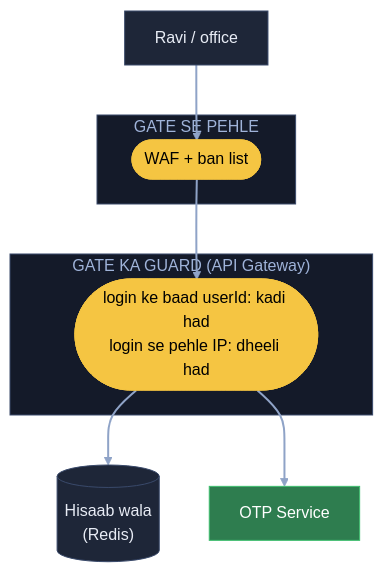
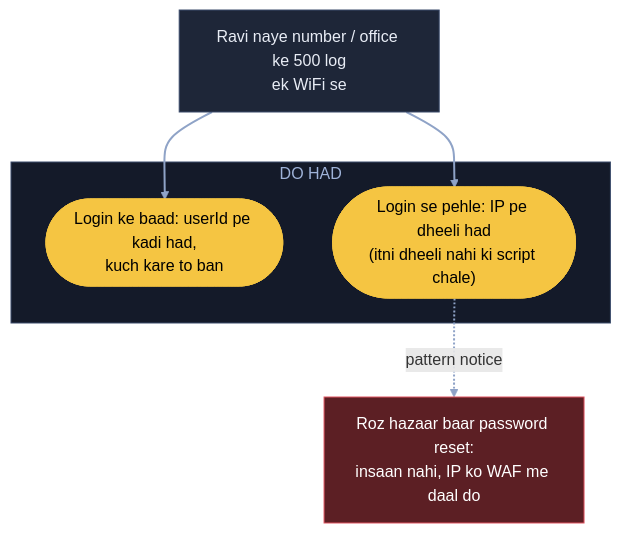
One commit to ArpanMaheshwari144/Prep changed the eighth of 10 diagrams in 04_HLD/SYSTEM_DESIGNS/02_rate_limiter/02_rate_limiter.md. Above: the diagram before and after it, drawn with Mermaid. The commit also changed other lines of this file, not shown here.

Commit message:
Rate limiter: 10 diagram hand notes ke shabdon se (K1 naya), K3 me apni jodi line hatai

````diff
--- a/04_HLD/SYSTEM_DESIGNS/02_rate_limiter/02_rate_limiter.md
+++ b/04_HLD/SYSTEM_DESIGNS/02_rate_limiter/02_rate_limiter.md
@@ -238,23 +250,18 @@
 ```mermaid
 flowchart TB
-    U["Ravi / office"]:::card
-    subgraph DW["GATE SE PEHLE"]
-        W(["WAF + ban list"]):::pill
+    U["Ravi naye number / office ke 500 log<br/>ek WiFi se"]:::card
+    subgraph HD["DO HAD"]
+        K(["Login ke baad: userId pe kadi had,<br/>kuch kare to ban"]):::pill
+        I(["Login se pehle: IP pe dheeli had<br/>(itni dheeli nahi ki script chale)"]):::pill
     end
-    subgraph GT["GATE KA GUARD (API Gateway)"]
-        K(["login ke baad userId: kadi had<br/>login se pehle IP: dheeli had"]):::pill
-    end
-    R[("Hisaab wala<br/>(Redis)")]:::card
-    O["OTP Service"]:::good
-    U --> W
-    W --> K
-    K --> R
-    K --> O
+    W["Roz hazaar baar password reset:<br/>insaan nahi, IP ko WAF me daal do"]:::bad
+    U --> K
+    U --> I
+    I -. "pattern notice" .-> W
     linkStyle default stroke:#8fa3c7,stroke-width:2px
     classDef card fill:#1e2638,stroke:#3a4a6b,color:#e8ecf5
     classDef pill fill:#f5c542,stroke:#f5c542,color:#000
     classDef good fill:#2e7d4f,stroke:#3fbf6f,color:#fff
     classDef bad fill:#5c1f24,stroke:#e05561,color:#fff
-    style DW fill:#141a29,stroke:#3a4a6b,color:#9fb3d9
-    style GT fill:#141a29,stroke:#3a4a6b,color:#9fb3d9
+    style HD fill:#141a29,stroke:#3a4a6b,color:#9fb3d9
 ```
````
